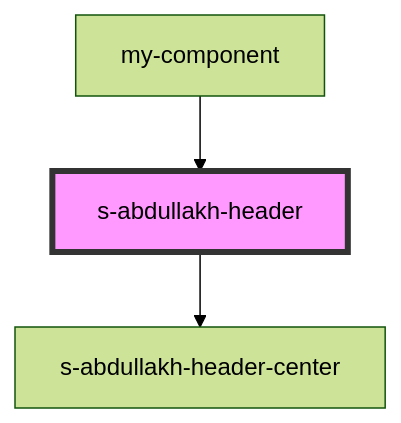
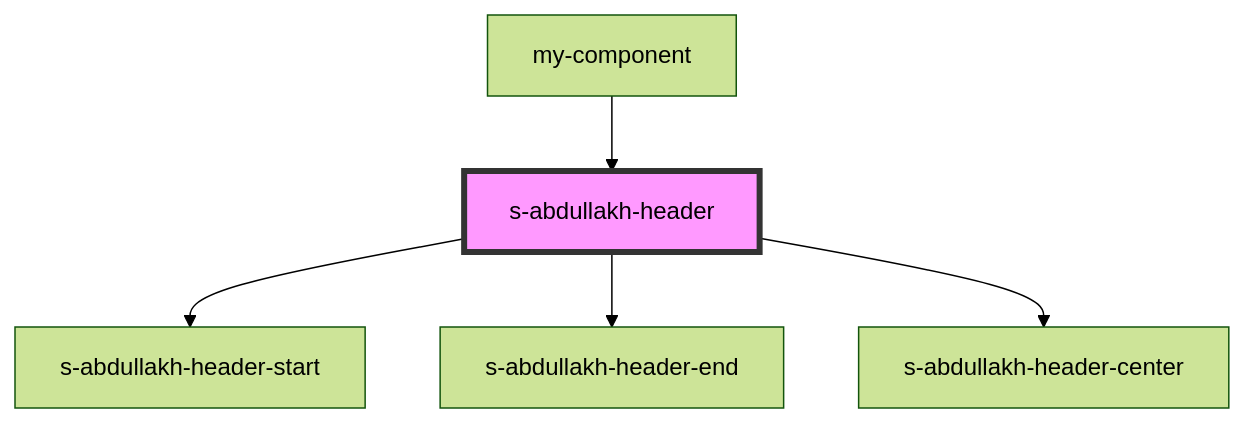
One commit to Wokh-Dada/botdevelopmentapp changed the diagram in src/components/s-abdullakh-header/readme.md. Above: the diagram before and after it, drawn with Mermaid (forest theme). The commit also changed other lines of this file and 68 other files, not shown here.

````diff
--- a/src/components/s-abdullakh-header/readme.md
+++ b/src/components/s-abdullakh-header/readme.md
@@ -26,6 +35,8 @@
 ```mermaid
 graph TD;
+  s-abdullakh-header --> s-abdullakh-header-start
+  s-abdullakh-header --> s-abdullakh-header-end
   s-abdullakh-header --> s-abdullakh-header-center
   my-component --> s-abdullakh-header
   style s-abdullakh-header fill:#f9f,stroke:#333,stroke-width:4px
 ```
````
